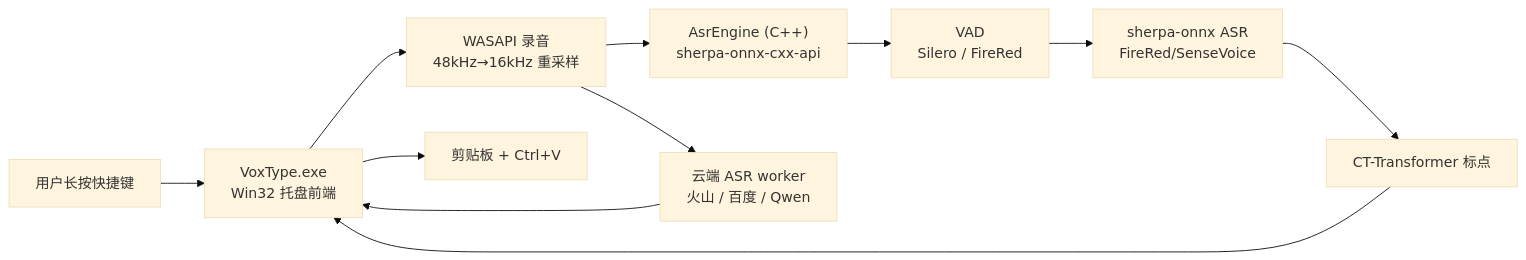
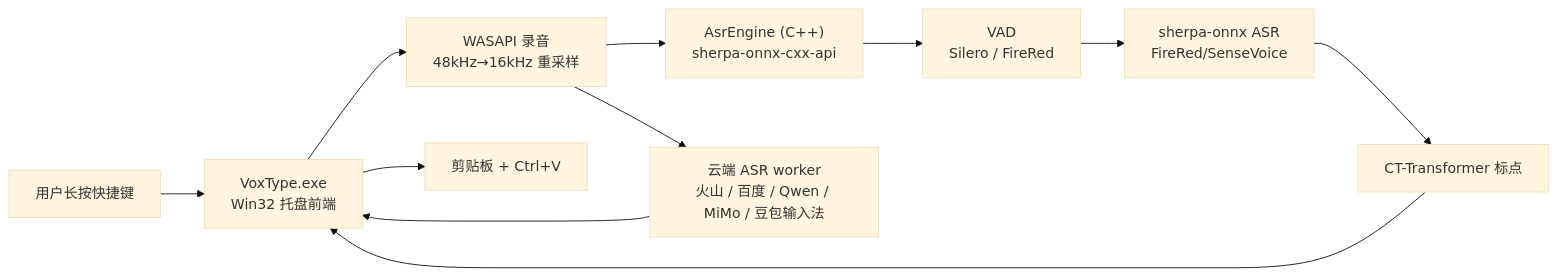
The first of 2 diagrams in doc/ARCHITECTURE_zh.md (melody0709/Voice_LLM_ASR_Input), drawn with Mermaid (base theme) before and after one commit. The commit also changed other lines of this file and 35 other files, not shown here.

````diff
--- a/doc/ARCHITECTURE_zh.md
+++ b/doc/ARCHITECTURE_zh.md
@@ -9,13 +9,13 @@
 ```mermaid
 flowchart LR
     User["用户长按快捷键"] --> Frontend["VoxType.exe<br/>Win32 托盘前端"]
     Frontend --> Recorder["WASAPI 录音<br/>48kHz→16kHz 重采样"]
     Recorder --> Engine["AsrEngine (C++)<br/>sherpa-onnx-cxx-api"]
-    Recorder --> Cloud["云端 ASR worker<br/>火山 / 百度 / Qwen"]
+    Recorder --> Cloud["云端 ASR worker<br/>火山 / 百度 / Qwen / MiMo / 豆包输入法"]
     Engine --> VAD["VAD<br/>Silero / FireRed"]
     VAD --> ASR["sherpa-onnx ASR<br/>FireRed/SenseVoice"]
     ASR --> Punct["CT-Transformer 标点"]
     Punct --> Frontend
     Cloud --> Frontend
     Frontend --> Inject["剪贴板 + Ctrl+V"]
 ```
````
